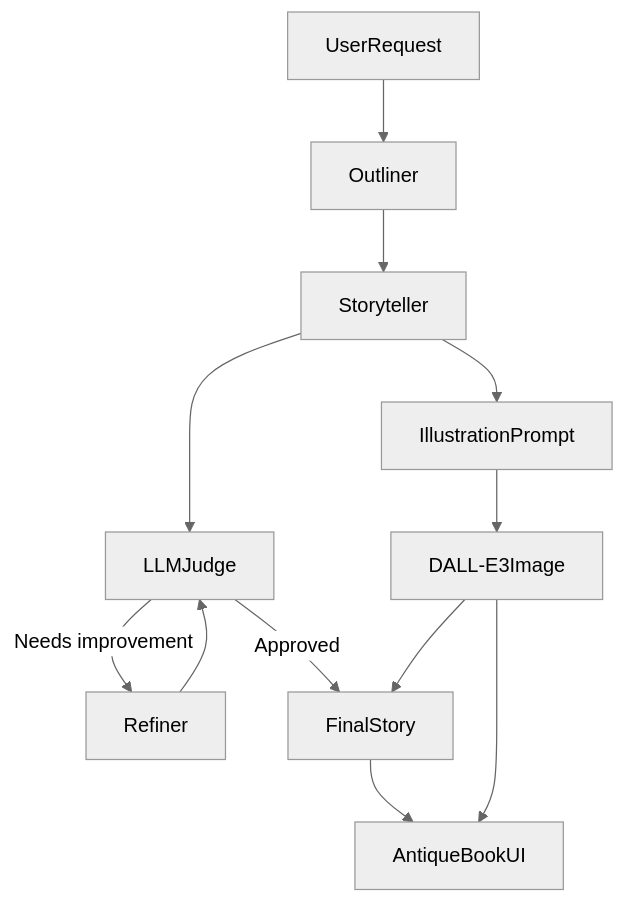
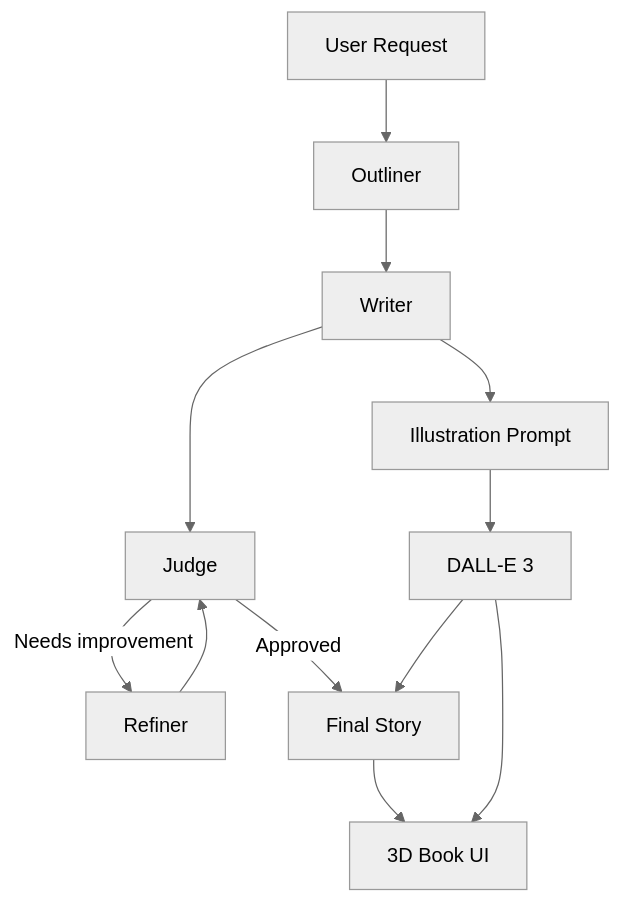
The diagram in README.md (ziyiw23/Hippocratic-AI-Coding-Assignment), drawn with Mermaid (neutral theme) before and after one commit. The commit also changed other lines of this file and 2 other files, not shown here.

````diff
--- a/README.md
+++ b/README.md
@@ -65,14 +35,14 @@
 ```mermaid
 graph TD
-    user[UserRequest] --> outliner[Outliner]
-    outliner --> writer[Storyteller]
-    writer --> judge[LLMJudge]
+    user[User Request] --> outliner[Outliner]
+    outliner --> writer[Writer]
+    writer --> judge[Judge]
     judge -- "Needs improvement" --> refiner[Refiner]
     refiner --> judge
-    judge -- "Approved" --> output[FinalStory]
-    writer --> illustrator[IllustrationPrompt]
-    illustrator --> imagegen[DALL-E3Image]
-    imagegen --> output
-    output --> bookUI[AntiqueBookUI]
+    judge -- "Approved" --> story[Final Story]
+    writer --> illustrator[Illustration Prompt]
+    illustrator --> imagegen[DALL-E 3]
+    imagegen --> story
+    story --> bookUI[3D Book UI]
     imagegen --> bookUI
 ```
````
